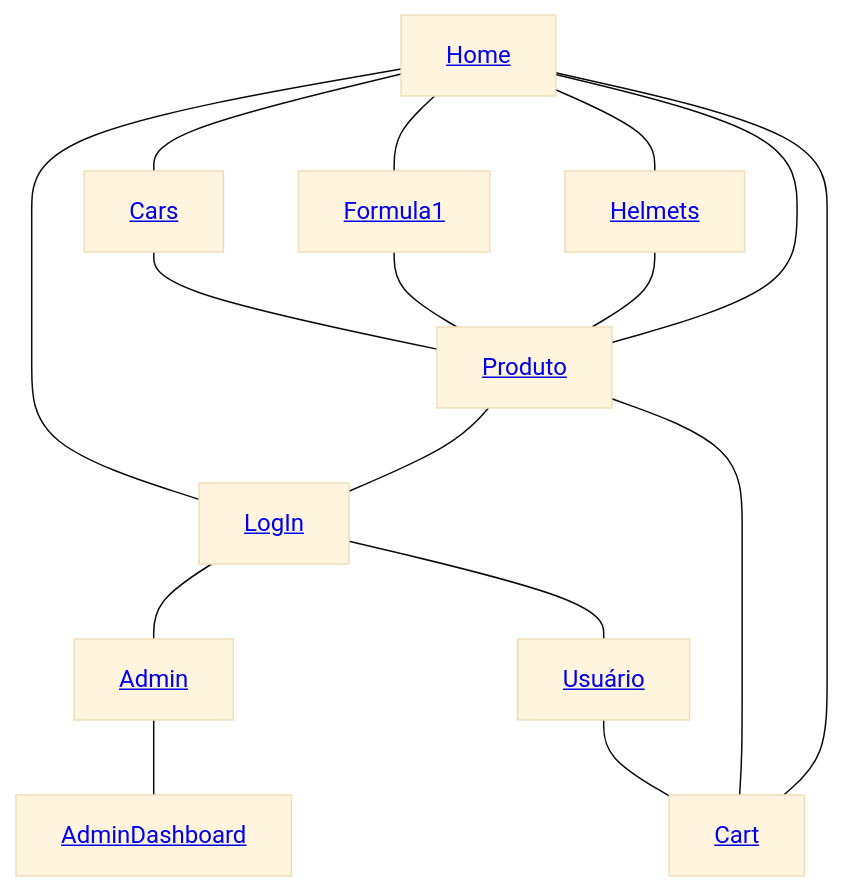
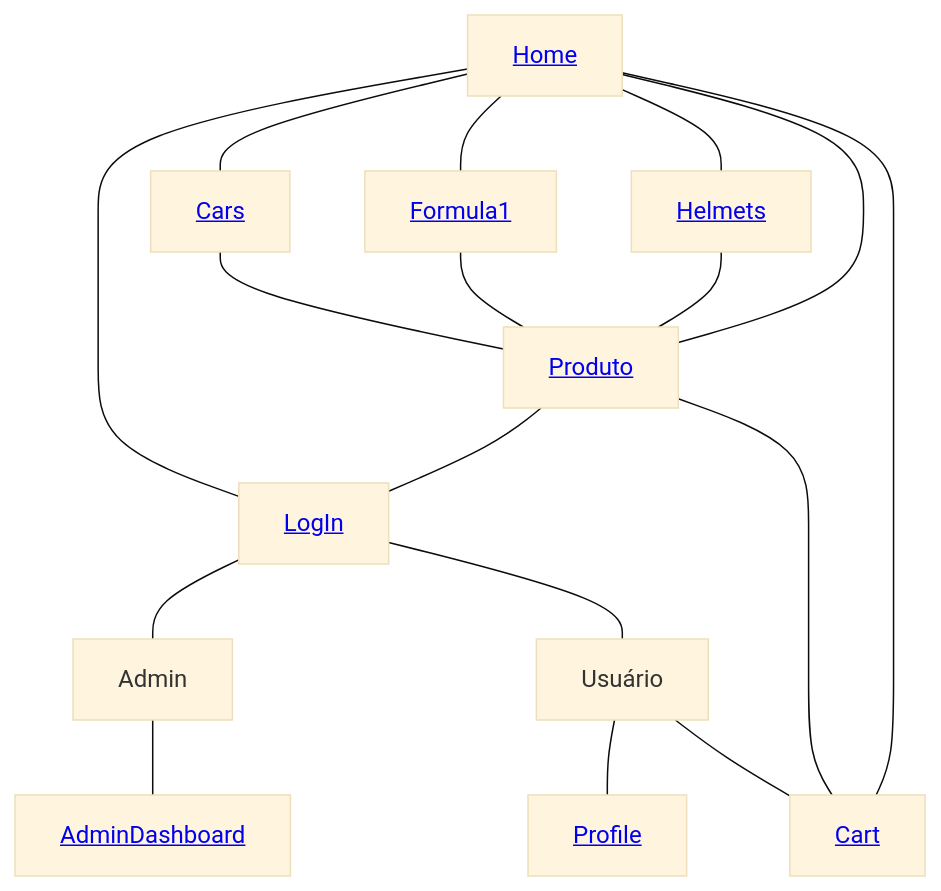
One commit to pedrohfsilva/FerrariStoreFrontend changed the diagram in README.md. Above: the diagram before and after it, drawn with Mermaid (base theme).

````diff
--- a/README.md
+++ b/README.md
@@ -39,19 +39,20 @@
 ```mermaid
   graph TD;
       Home[<a href='https://github.com/LeticiaBN/FerrariStore/blob/main/mockups/homepage.png?raw=true'>Home</a>]---LogIn[<a href='https://github.com/LeticiaBN/FerrariStore/blob/main/mockups/login.png?raw=true'>LogIn</a>];
       Home---Cars[<a href='https://github.com/LeticiaBN/FerrariStore/blob/main/mockups/cars.png?raw=true'>Cars</a>];
       Home---Formula1[<a href='https://github.com/LeticiaBN/FerrariStore/blob/main/mockups/formula1.png?raw=true'>Formula1</a>];
       Home---Helmets[<a href='https://github.com/LeticiaBN/FerrariStore/blob/main/mockups/helmets.png?raw=true'>Helmets</a>];
       Home---Produto[<a href='https://github.com/LeticiaBN/FerrariStore/blob/main/mockups/product.png?raw=true'>Produto</a>];
       Home---Carrinho[<a href='https://github.com/LeticiaBN/FerrariStore/blob/main/mockups/cart.png?raw=true'>Cart</a>];
       Helmets---Produto
       Formula1---Produto
       Cars---Produto
       Produto---LogIn
       Produto---Carrinho
-      LogIn---Admin[<a href='https://github.com/LeticiaBN/FerrariStore/blob/main/mockups/admin.png?raw=true'>Admin</a>];
+      LogIn---Admin
       Admin---AdminDashboard[<a href='https://github.com/LeticiaBN/FerrariStore/blob/main/mockups/admin.png?raw=true'>AdminDashboard</a>];
-      LogIn---Usuário[<a href='https://github.com/LeticiaBN/FerrariStore/blob/main/mockups/profile.png?raw=true'>Usuário</a>];
+      LogIn---Usuário
+      Usuário---Profile[<a href='https://github.com/LeticiaBN/FerrariStore/blob/main/mockups/profile.png?raw=true'>Profile</a>];
       Usuário---Carrinho
       
 ```
````
